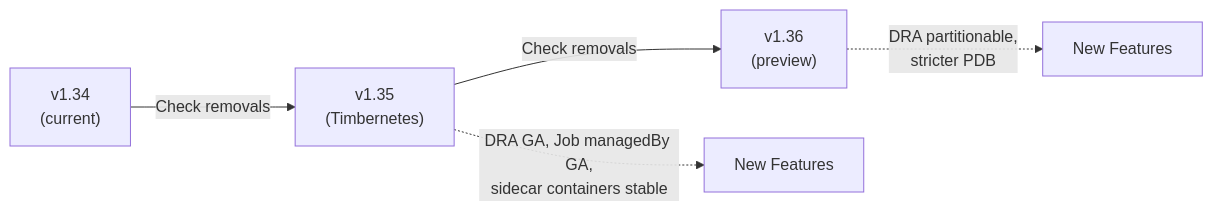
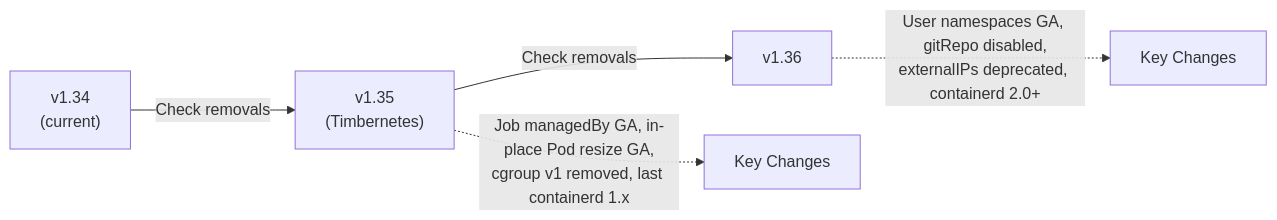
Before and after one commit to greg4fun/kubernetesrecipes.github.io: the diagram in src/content/recipes/kubernetes-1-35-1-36-upgrade-checklist.md, drawn with Mermaid. The commit also changed other lines of this file and 18 other files, not shown here.

````diff
--- a/src/content/recipes/kubernetes-1-35-1-36-upgrade-checklist.md
+++ b/src/content/recipes/kubernetes-1-35-1-36-upgrade-checklist.md
@@ -29,8 +29,8 @@
 ```mermaid
 flowchart LR
     V134["v1.34<br/>(current)"] -->|"Check removals"| V135["v1.35<br/>(Timbernetes)"]
-    V135 -->|"Check removals"| V136["v1.36<br/>(preview)"]
+    V135 -->|"Check removals"| V136["v1.36"]
     
-    V135 -.->|"DRA GA, Job managedBy GA,<br/>sidecar containers stable"| FEATURES["New Features"]
-    V136 -.->|"DRA partitionable,<br/>stricter PDB"| FEATURES2["New Features"]
+    V135 -.->|"Job managedBy GA, in-place Pod resize GA,<br/>cgroup v1 removed, last containerd 1.x"| FEATURES["Key Changes"]
+    V136 -.->|"User namespaces GA, gitRepo disabled,<br/>externalIPs deprecated, containerd 2.0+"| FEATURES2["Key Changes"]
 ```
````
